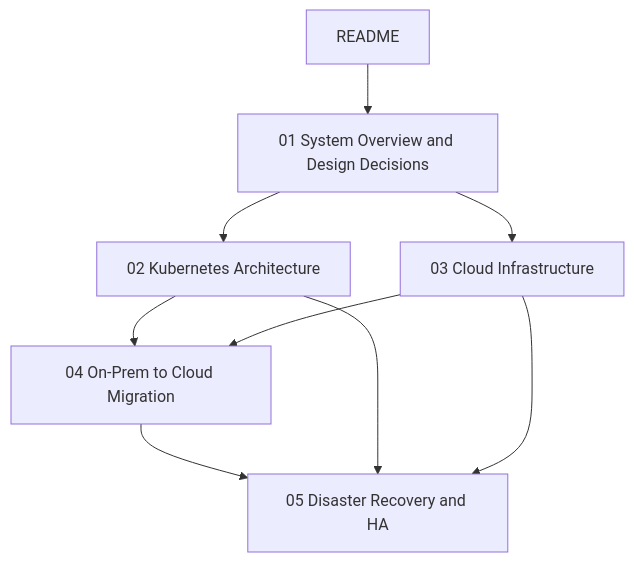
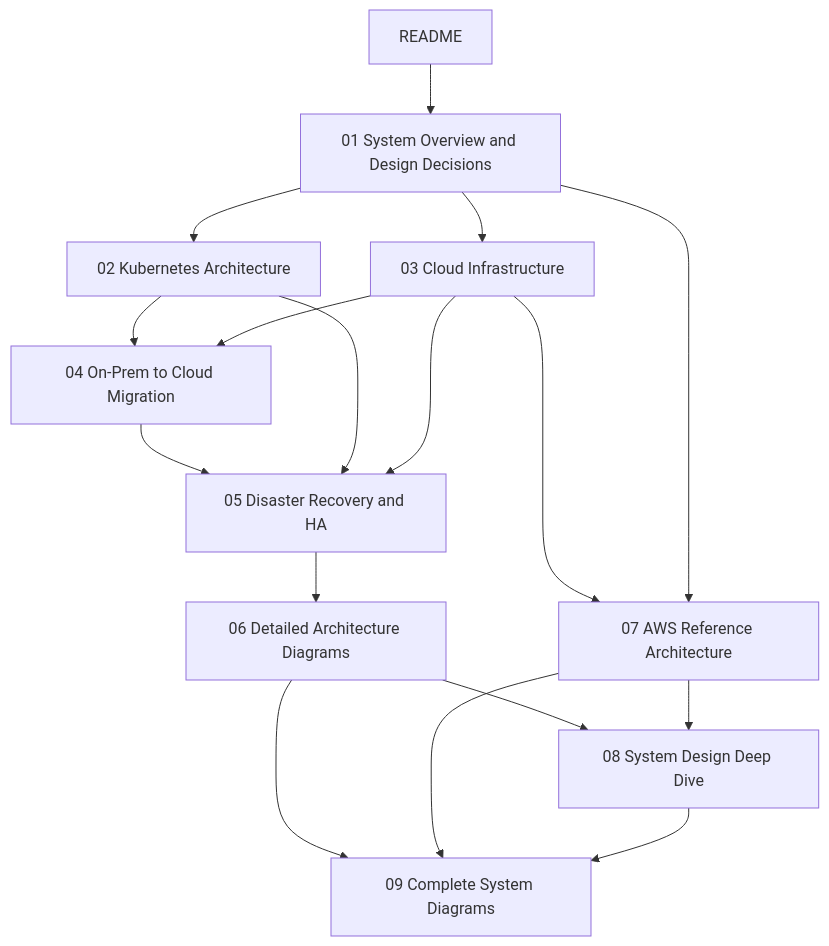
One commit to ShasidharReddy/Linux changed the third of 3 diagrams in Architecture/README.md. Above: the diagram before and after it, drawn with Mermaid. The commit also changed other lines of this file and 3 other files, not shown here.

First line of the commit message:
Add AWS reference architecture, system design deep-dive & complete diagrams (#9)

````diff
--- a/Architecture/README.md
+++ b/Architecture/README.md
@@ -117,11 +117,19 @@
 ```mermaid
 flowchart TD
     A[README] --> B[01 System Overview and Design Decisions]
     B --> C[02 Kubernetes Architecture]
     B --> D[03 Cloud Infrastructure]
     C --> E[04 On-Prem to Cloud Migration]
     D --> E
     E --> F[05 Disaster Recovery and HA]
     C --> F
     D --> F
+    F --> G[06 Detailed Architecture Diagrams]
+    D --> H[07 AWS Reference Architecture]
+    B --> H
+    G --> I[08 System Design Deep Dive]
+    H --> I
+    G --> J[09 Complete System Diagrams]
+    H --> J
+    I --> J
 ```
````
